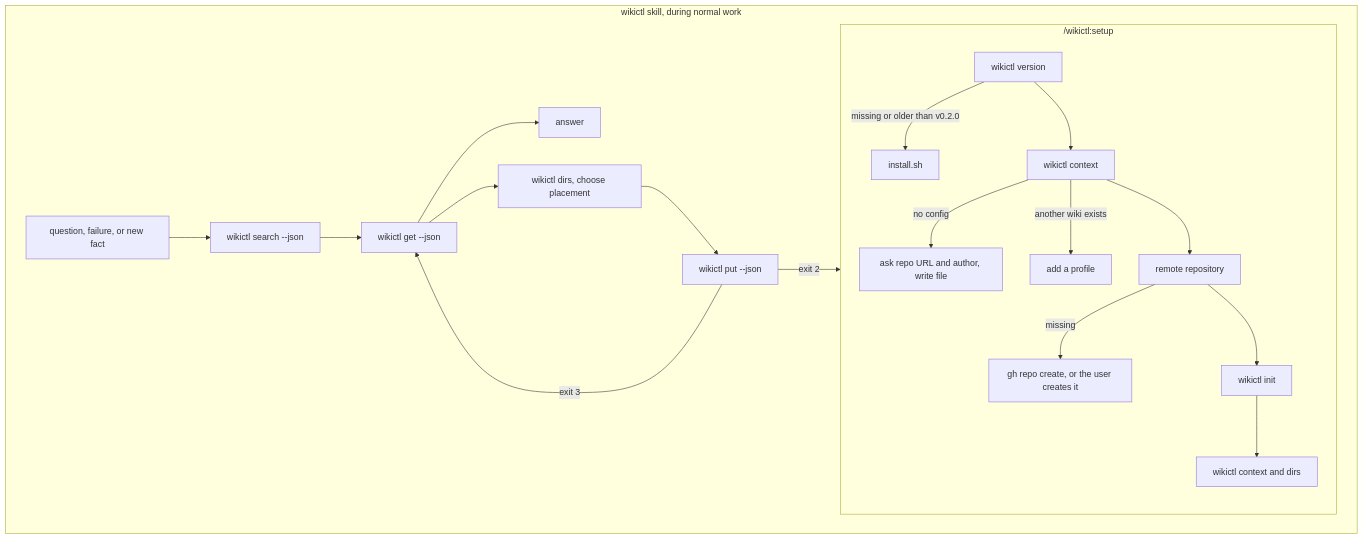
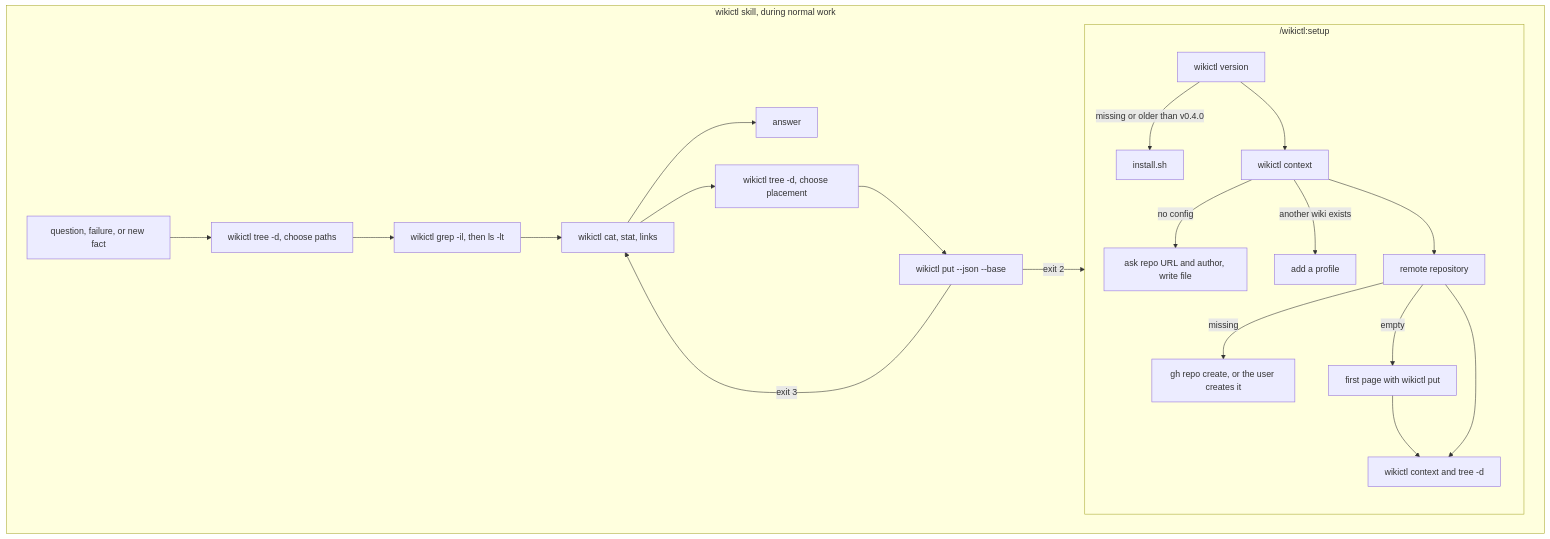
One commit to roamer7038/wikictl-claude-plugin changed the diagram in README.md. Above: the diagram before and after it, drawn with Mermaid. The commit also changed other lines of this file and 4 other files, not shown here.

````diff
--- a/README.md
+++ b/README.md
@@ -31,19 +31,21 @@
 ```mermaid
 flowchart TD
     subgraph setup["/wikictl:setup"]
-        S1[wikictl version] -->|missing or older than v0.2.0| S1a[install.sh]
+        S1[wikictl version] -->|missing or older than v0.4.0| S1a[install.sh]
         S1 --> S2[wikictl context] -->|no config| S2a[ask repo URL and author, write file]
         S2 -->|another wiki exists| S2b[add a profile]
         S2 --> S3[remote repository] -->|missing| S3a[gh repo create, or the user creates it]
-        S3 --> S4[wikictl init] --> S5[wikictl context and dirs]
+        S3 -->|empty| S4[first page with wikictl put] --> S5[wikictl context and tree -d]
+        S3 --> S5
     end
     subgraph use["wikictl skill, during normal work"]
-        U1[question, failure, or new fact] --> U2[wikictl search --json]
-        U2 --> U3[wikictl get --json]
-        U3 --> U4[answer]
-        U3 --> U5[wikictl dirs, choose placement]
-        U5 --> U6[wikictl put --json]
-        U6 -->|exit 3| U3
-        U6 -->|exit 2| setup
+        U1[question, failure, or new fact] --> U2[wikictl tree -d, choose paths]
+        U2 --> U3[wikictl grep -il, then ls -lt]
+        U3 --> U4[wikictl cat, stat, links]
+        U4 --> U5[answer]
+        U4 --> U6[wikictl tree -d, choose placement]
+        U6 --> U7[wikictl put --json --base]
+        U7 -->|exit 3| U4
+        U7 -->|exit 2| setup
     end
 ```
````
